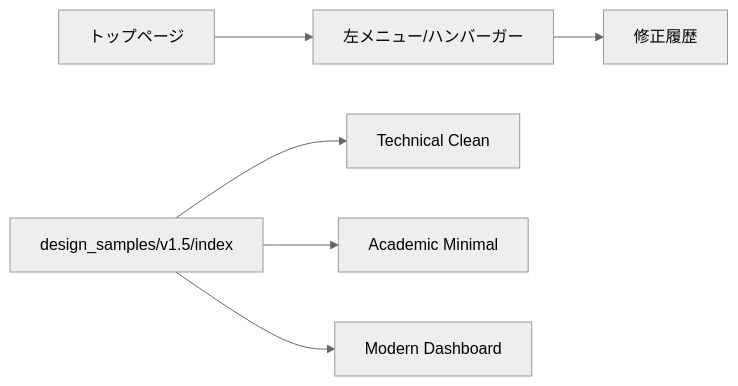
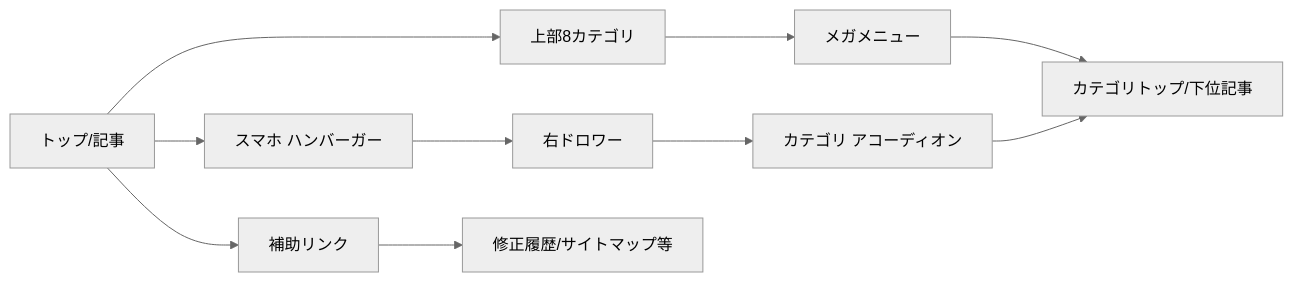
Before and after one commit to yuki746289/product_blog_ryutai: the diagram in .document/v1.6/09_図・受け入れ条件.md, drawn with Mermaid (neutral theme). The commit also changed other lines of this file, not shown here.

````diff
--- a/.document/v1.6/09_図・受け入れ条件.md
+++ b/.document/v1.6/09_図・受け入れ条件.md
@@ -4,8 +4,12 @@
 ```mermaid
 flowchart LR
-  A[トップページ] --> B[左メニュー/ハンバーガー]
-  B --> C[修正履歴]
-  X[design_samples/v1.5/index] --> D[Technical Clean]
-  X --> E[Academic Minimal]
-  X --> F[Modern Dashboard]
+  A[トップ/記事] --> B[上部8カテゴリ]
+  B --> C[メガメニュー]
+  C --> D[カテゴリトップ/下位記事]
+  A --> E[スマホ ハンバーガー]
+  E --> F[右ドロワー]
+  F --> G[カテゴリ アコーディオン]
+  G --> D
+  A --> H[補助リンク]
+  H --> I[修正履歴/サイトマップ等]
 ```
````
